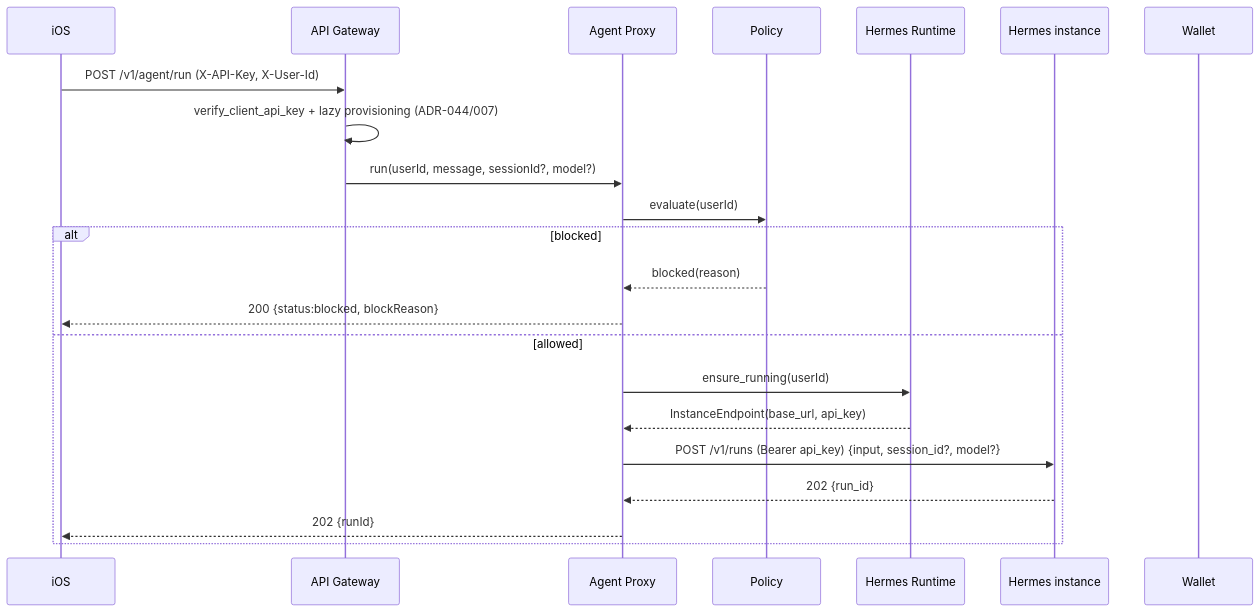
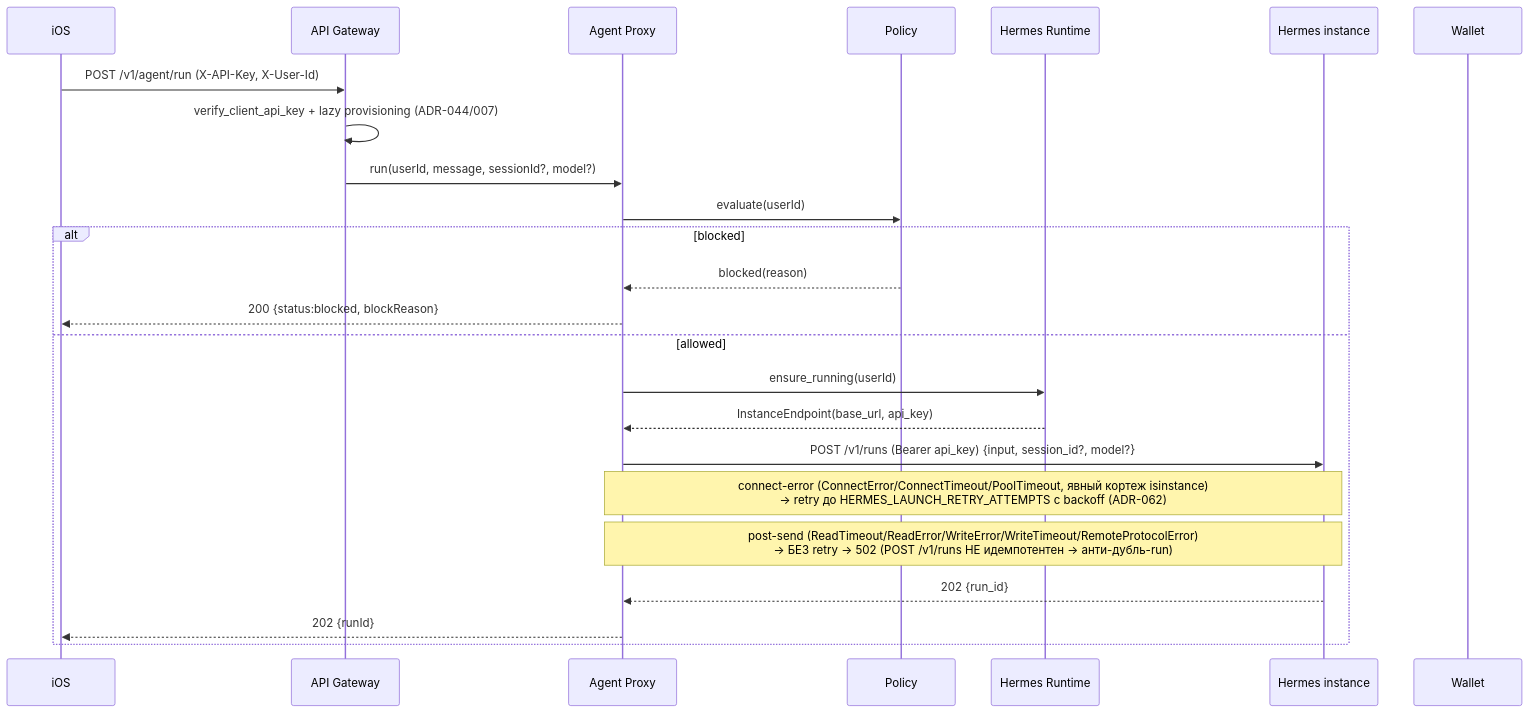
One commit to eliseiv/claude-hermes changed the first of 2 diagrams in docs/modules/agent-proxy/03-architecture.md. Above: the diagram before and after it, drawn with Mermaid. The commit also changed other lines of this file and 30 other files, not shown here.

First line of the commit message:
feat(admin): POST /v1/admin/wallet/debit — operator credit debit (ADR-061)

````diff
--- a/docs/modules/agent-proxy/03-architecture.md
+++ b/docs/modules/agent-proxy/03-architecture.md
@@ -10,25 +10,27 @@
 ```mermaid
 sequenceDiagram
     participant C as iOS
     participant GW as API Gateway
     participant AP as Agent Proxy
     participant P as Policy
     participant HM as Hermes Runtime
     participant I as Hermes instance
     participant W as Wallet
 
     C->>GW: POST /v1/agent/run (X-API-Key, X-User-Id)
     GW->>GW: verify_client_api_key + lazy provisioning (ADR-044/007)
     GW->>AP: run(userId, message, sessionId?, model?)
     AP->>P: evaluate(userId)
     alt blocked
         P-->>AP: blocked(reason)
         AP-->>C: 200 {status:blocked, blockReason}
     else allowed
         AP->>HM: ensure_running(userId)
         HM-->>AP: InstanceEndpoint(base_url, api_key)
         AP->>I: POST /v1/runs (Bearer api_key) {input, session_id?, model?}
+        Note over AP,I: connect-error (ConnectError/ConnectTimeout/PoolTimeout, явный кортеж isinstance)<br/>→ retry до HERMES_LAUNCH_RETRY_ATTEMPTS с backoff (ADR-062)
+        Note over AP,I: post-send (ReadTimeout/ReadError/WriteError/WriteTimeout/RemoteProtocolError)<br/>→ БЕЗ retry → 502 (POST /v1/runs НЕ идемпотентен → анти-дубль-run)
         I-->>AP: 202 {run_id}
         AP-->>C: 202 {runId}
     end
 ```
````
